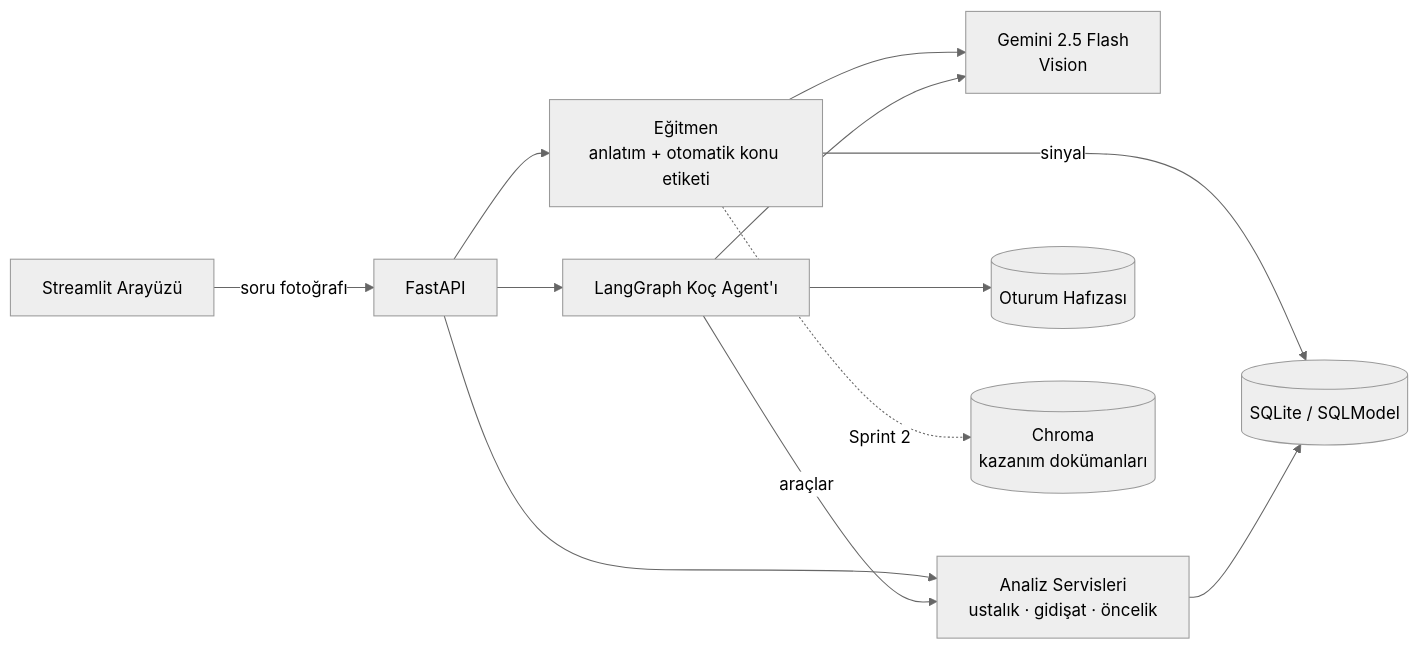
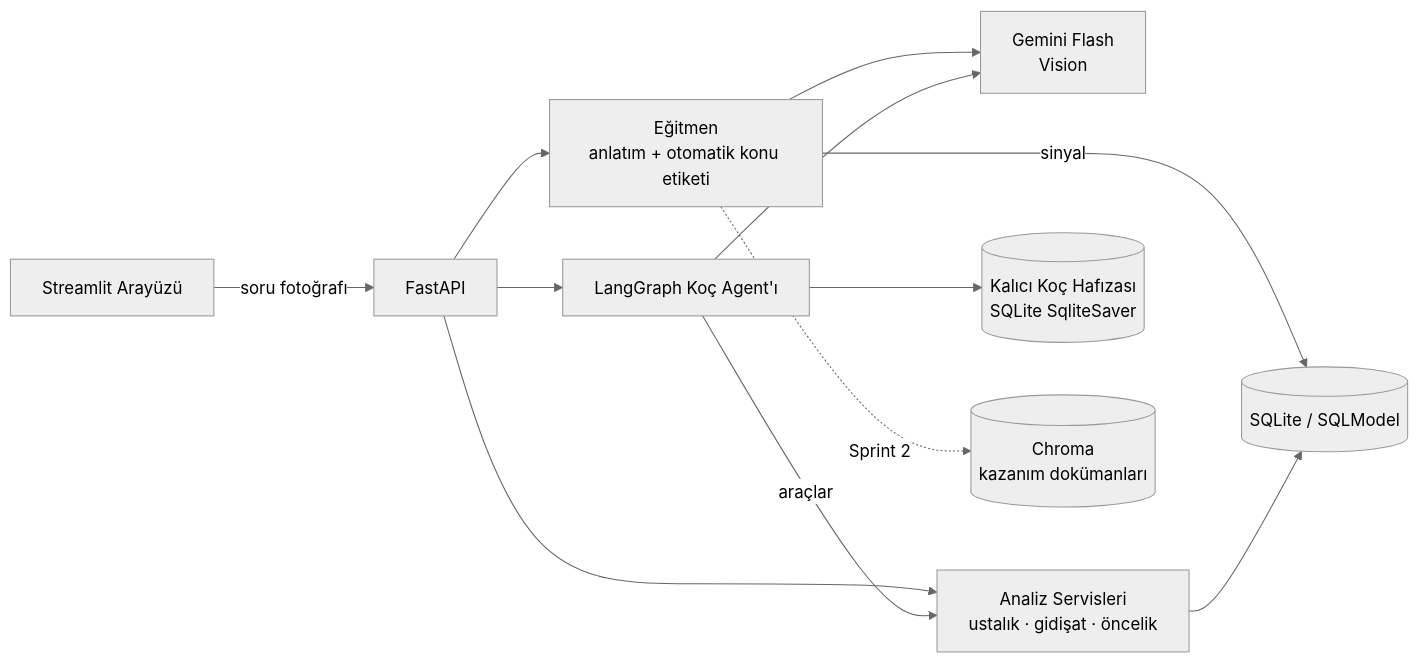
The diagram in README.md (Baharcakir/bootcamp-2026), drawn with Mermaid (neutral theme) before and after one commit. The commit also changed other lines of this file, not shown here.

First line of the commit message:
Canlı URL ve Sprint 3 kalıcı hafıza dokümantasyonu

````diff
--- a/README.md
+++ b/README.md
@@ -73,14 +82,14 @@
 ```mermaid
 flowchart LR
     UI[Streamlit Arayüzü] -->|soru fotoğrafı| API[FastAPI]
     API --> TUT[Eğitmen<br/>anlatım + otomatik konu etiketi]
-    TUT --> LLM[Gemini 2.5 Flash<br/>Vision]
+    TUT --> LLM[Gemini Flash<br/>Vision]
     TUT -->|sinyal| DB[(SQLite / SQLModel)]
     API --> SVC[Analiz Servisleri<br/>ustalık · gidişat · öncelik]
     SVC --> DB
     API --> AG[LangGraph Koç Agent'ı]
     AG -->|araçlar| SVC
-    AG --> MEM[(Oturum Hafızası)]
+    AG --> MEM[(Kalıcı Koç Hafızası<br/>SQLite SqliteSaver)]
     AG --> LLM
     TUT -.Sprint 2.-> RAG[(Chroma<br/>kazanım dokümanları)]
 ```
````
